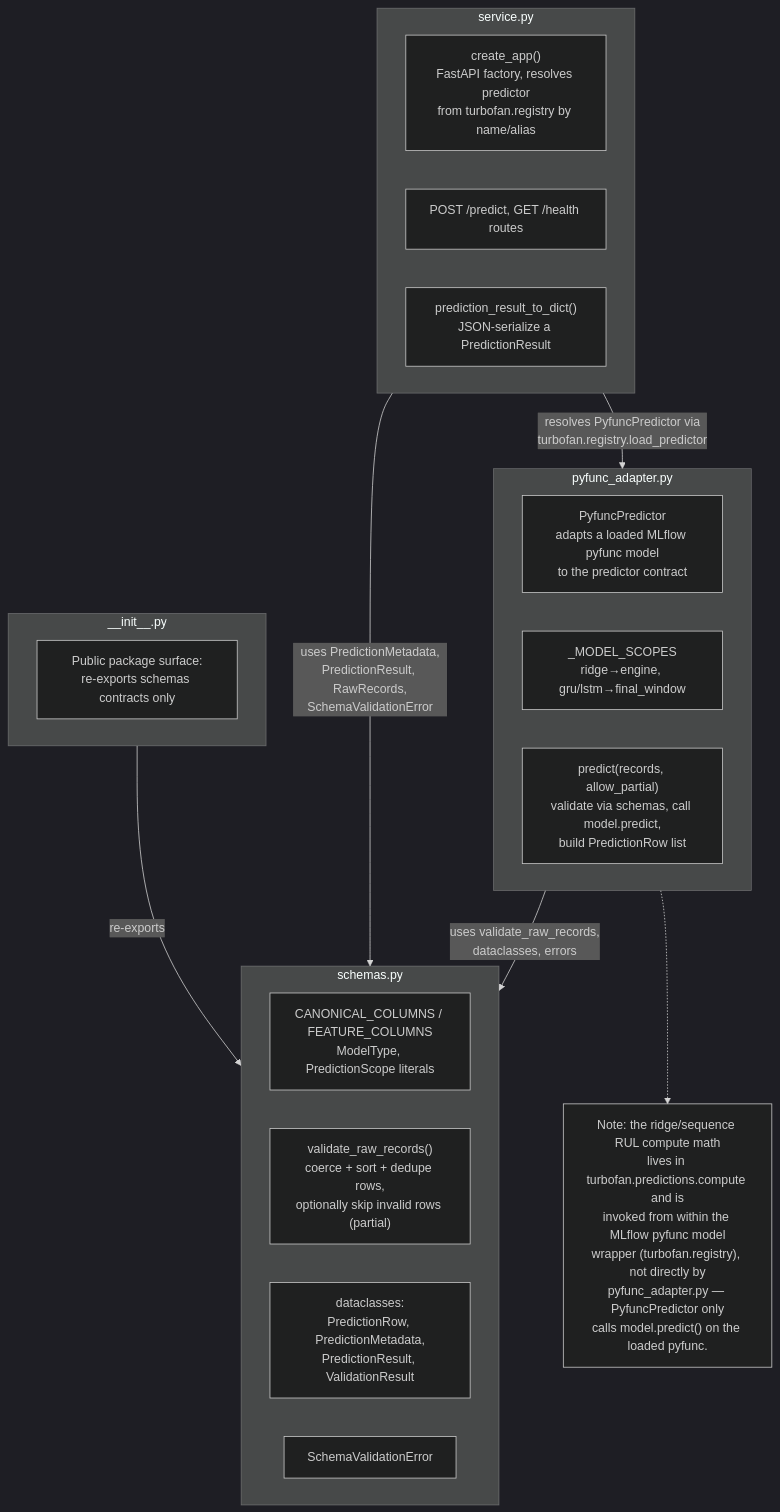
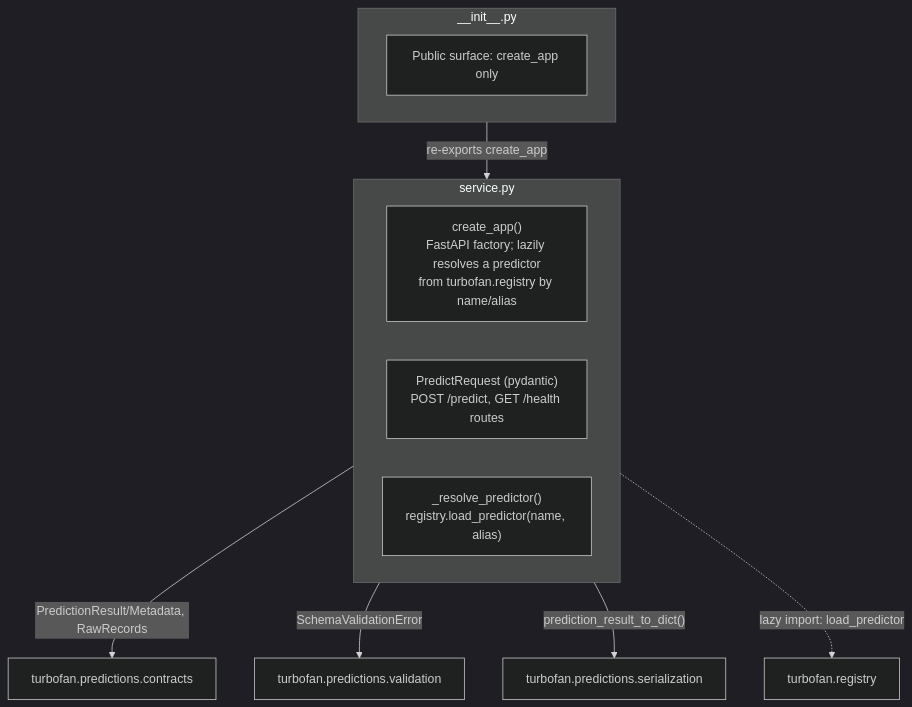
One commit to virgil-castillo/turbofan-rul-mlops changed the diagram in src/turbofan/serving/diagram.md. Above: the diagram before and after it, drawn with Mermaid (dark theme). The commit also changed other lines of this file and 9 other files, not shown here.

First line of the commit message:
docs: refresh module diagrams for the boundary refactor

````diff
--- a/src/turbofan/serving/diagram.md
+++ b/src/turbofan/serving/diagram.md
@@ -3,33 +7,18 @@
 ```mermaid
 flowchart TD
-    subgraph schemas_py["schemas.py"]
-        S1["CANONICAL_COLUMNS / FEATURE_COLUMNS\nModelType, PredictionScope literals"]
-        S2["validate_raw_records()\ncoerce + sort + dedupe rows,\noptionally skip invalid rows (partial)"]
-        S3["dataclasses:\nPredictionRow, PredictionMetadata,\nPredictionResult, ValidationResult"]
-        S4["SchemaValidationError"]
-    end
-
-    subgraph pyfunc_adapter_py["pyfunc_adapter.py"]
-        PA1["PyfuncPredictor\nadapts a loaded MLflow pyfunc model\nto the predictor contract"]
-        PA2["_MODEL_SCOPES\nridge→engine, gru/lstm→final_window"]
-        PA3["predict(records, allow_partial)\nvalidate via schemas, call model.predict,\nbuild PredictionRow list"]
-    end
-
     subgraph service_py["service.py"]
-        SV1["create_app()\nFastAPI factory, resolves predictor\nfrom turbofan.registry by name/alias"]
-        SV2["POST /predict, GET /health routes"]
-        SV3["prediction_result_to_dict()\nJSON-serialize a PredictionResult"]
+        SV1["create_app()\nFastAPI factory; lazily resolves a predictor\nfrom turbofan.registry by name/alias"]
+        SV2["PredictRequest (pydantic)\nPOST /predict, GET /health routes"]
+        SV3["_resolve_predictor()\nregistry.load_predictor(name, alias)"]
     end
 
     subgraph init_py["__init__.py"]
-        I1["Public package surface:\nre-exports schemas contracts only"]
+        I1["Public surface: create_app only"]
     end
 
-    pyfunc_adapter_py -->|"uses validate_raw_records,\ndataclasses, errors"| schemas_py
-    service_py -->|"uses PredictionMetadata,\nPredictionResult, RawRecords,\nSchemaValidationError"| schemas_py
-    service_py -->|"resolves PyfuncPredictor via\nturbofan.registry.load_predictor"| pyfunc_adapter_py
-    init_py -->|"re-exports"| schemas_py
-
-    note1["Note: the ridge/sequence RUL compute math\nlives in turbofan.predictions.compute and is\ninvoked from within the MLflow pyfunc model\nwrapper (turbofan.registry), not directly by\npyfunc_adapter.py — PyfuncPredictor only\ncalls model.predict() on the loaded pyfunc."]
-    pyfunc_adapter_py -.-> note1
+    service_py -->|"PredictionResult/Metadata, RawRecords"| ContractsNote["turbofan.predictions.contracts"]
+    service_py -->|"SchemaValidationError"| ValidationNote["turbofan.predictions.validation"]
+    service_py -->|"prediction_result_to_dict()"| SerializationNote["turbofan.predictions.serialization"]
+    service_py -.->|"lazy import: load_predictor"| RegistryNote["turbofan.registry"]
+    init_py -->|"re-exports create_app"| service_py
 ```
````
